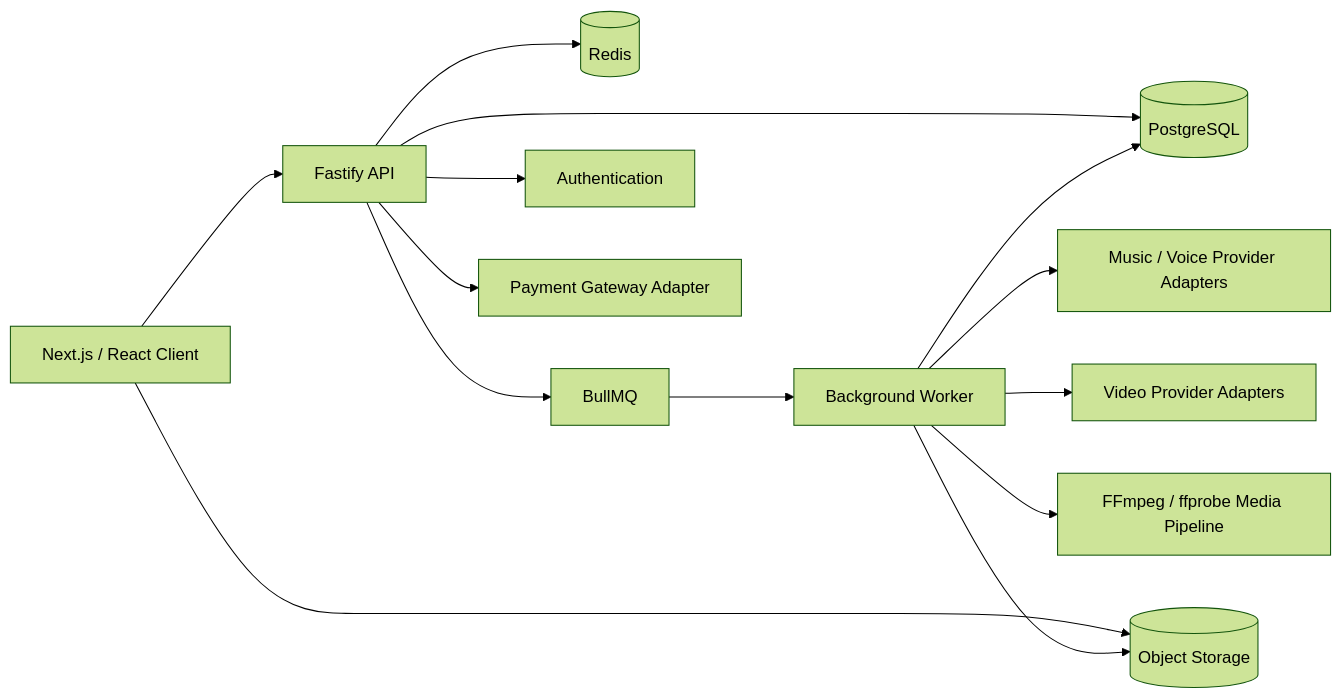
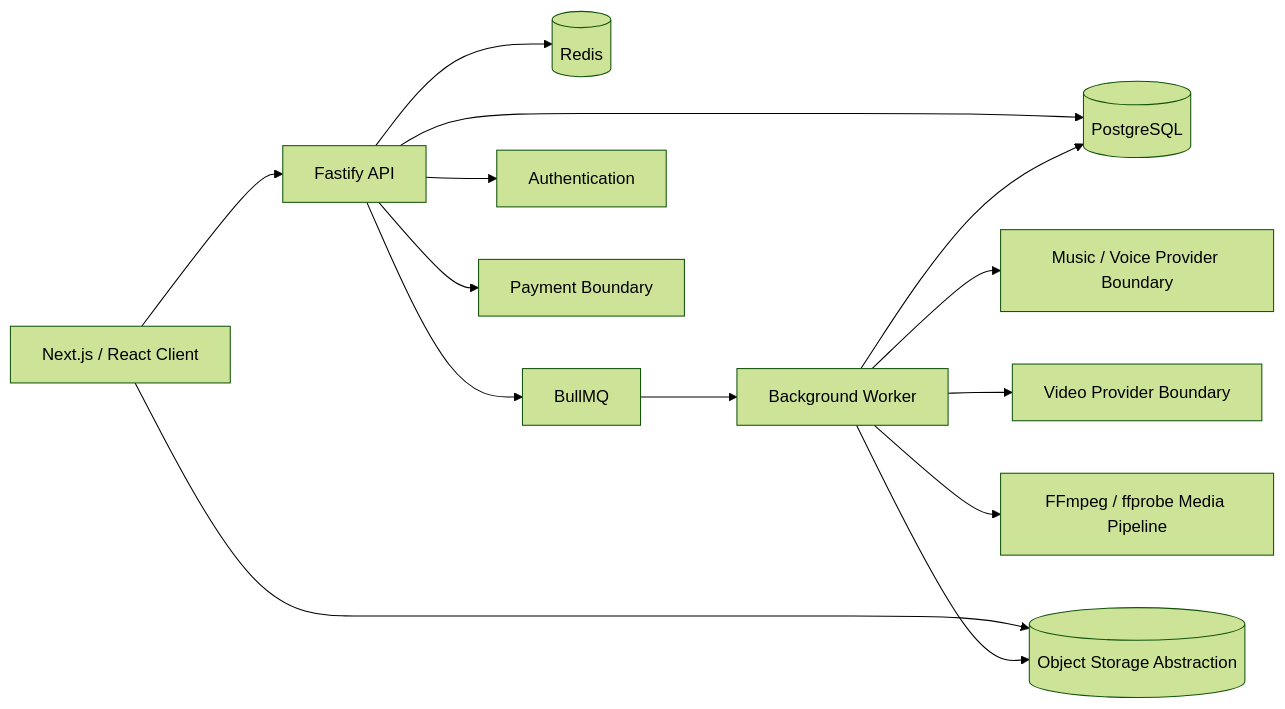
One commit to Demon5611/AI-Music-Showcase changed the diagram in README.md. Above: the diagram before and after it, drawn with Mermaid (forest theme). The commit also changed other lines of this file, not shown here.

````diff
--- a/README.md
+++ b/README.md
@@ -59,34 +85,34 @@
 ```mermaid
 flowchart LR
     Client[Next.js / React Client]
     API[Fastify API]
 
     DB[(PostgreSQL)]
     Redis[(Redis)]
     Queue[BullMQ]
     Worker[Background Worker]
 
-    Music[Music / Voice Provider Adapters]
-    Video[Video Provider Adapters]
+    Music[Music / Voice Provider Boundary]
+    Video[Video Provider Boundary]
     Composer[FFmpeg / ffprobe Media Pipeline]
-    Storage[(Object Storage)]
+    Storage[(Object Storage Abstraction)]
     Auth[Authentication]
-    Payment[Payment Gateway Adapter]
+    Payment[Payment Boundary]
 
     Client --> API
     Client --> Storage
 
     API --> Auth
     API --> DB
     API --> Redis
     API --> Queue
     API --> Payment
 
     Queue --> Worker
 
     Worker --> Music
     Worker --> Video
     Worker --> Composer
     Worker --> DB
     Worker --> Storage
 ```
````
